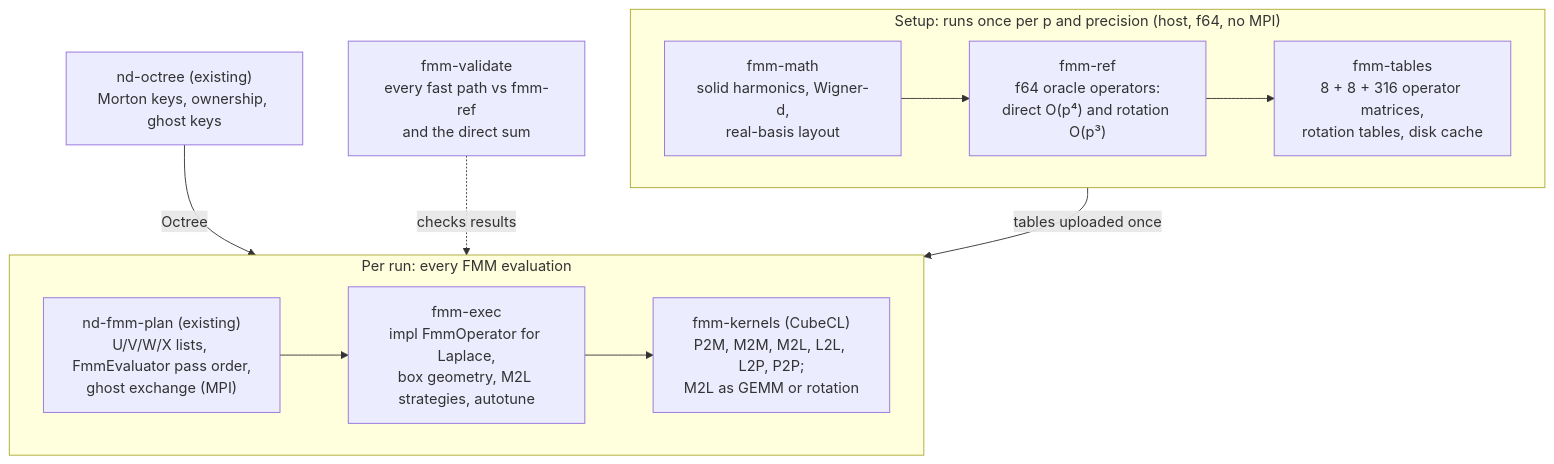
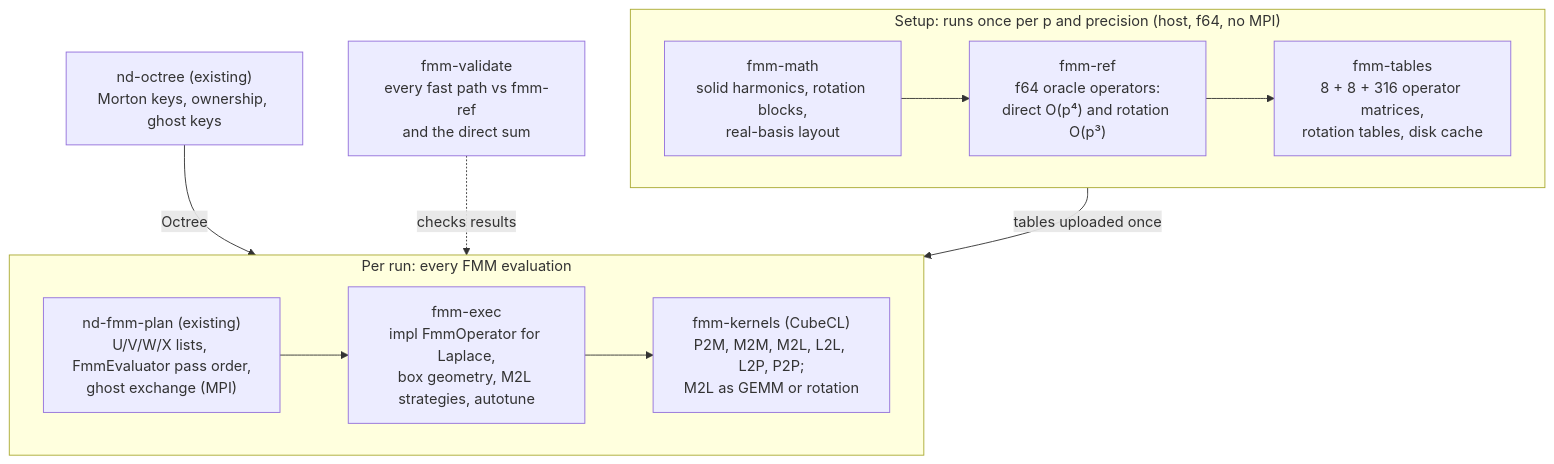
The first of 2 diagrams in docs/design/laplace-fmm-plan.md (tbetcke/fmm), drawn with Mermaid before and after one commit. The commit also changed other lines of this file and 2 other files, not shown here.

````diff
--- a/docs/design/laplace-fmm-plan.md
+++ b/docs/design/laplace-fmm-plan.md
@@ -328,14 +389,14 @@
 ```mermaid
 flowchart TB
   subgraph setup["Setup: runs once per p and precision (host, f64, no MPI)"]
     direction LR
-    math["fmm-math<br/>solid harmonics, Wigner-d,<br/>real-basis layout"] --> ref["fmm-ref<br/>f64 oracle operators:<br/>direct O(p⁴) and rotation O(p³)"] --> tables["fmm-tables<br/>8 + 8 + 316 operator matrices,<br/>rotation tables, disk cache"]
+    math["fmm-math<br/>solid harmonics, rotation blocks,<br/>real-basis layout"] --> ref["fmm-ref<br/>f64 oracle operators:<br/>direct O(p⁴) and rotation O(p³)"] --> tables["fmm-tables<br/>8 + 8 + 316 operator matrices,<br/>rotation tables, disk cache"]
   end
   subgraph run["Per run: every FMM evaluation"]
     direction LR
     plan["nd-fmm-plan (existing)<br/>U/V/W/X lists, FmmEvaluator pass order,<br/>ghost exchange (MPI)"] --> exec["fmm-exec<br/>impl FmmOperator for Laplace,<br/>box geometry, M2L strategies, autotune"] --> kernels["fmm-kernels (CubeCL)<br/>P2M, M2M, M2L, L2L, L2P, P2P;<br/>M2L as GEMM or rotation"]
   end
   tables -- "tables uploaded once" --> exec
   octree["nd-octree (existing)<br/>Morton keys, ownership, ghost keys"] -- "Octree" --> plan
   validate["fmm-validate<br/>every fast path vs fmm-ref<br/>and the direct sum"] -. "checks results" .-> exec
 ```
````
